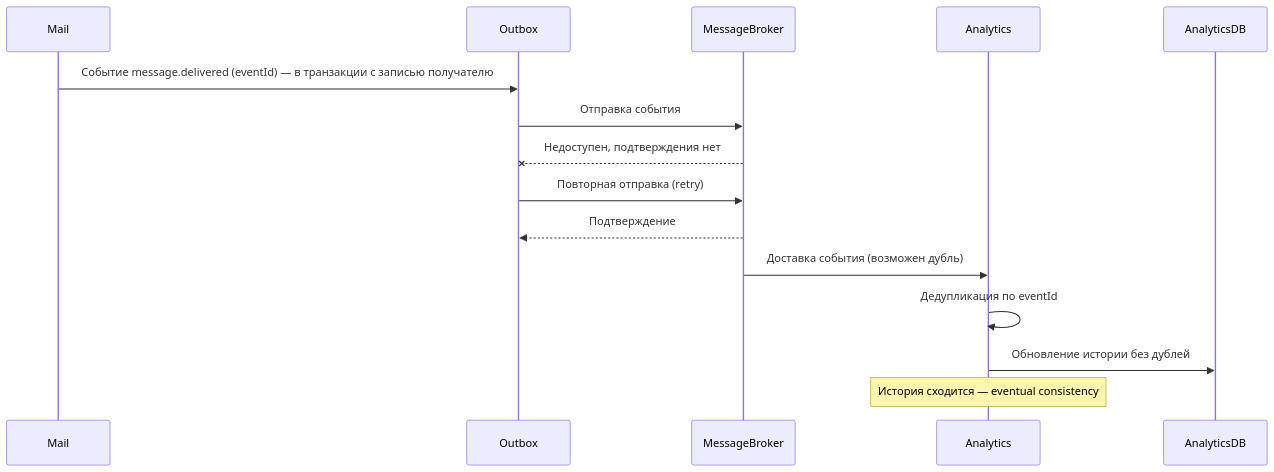
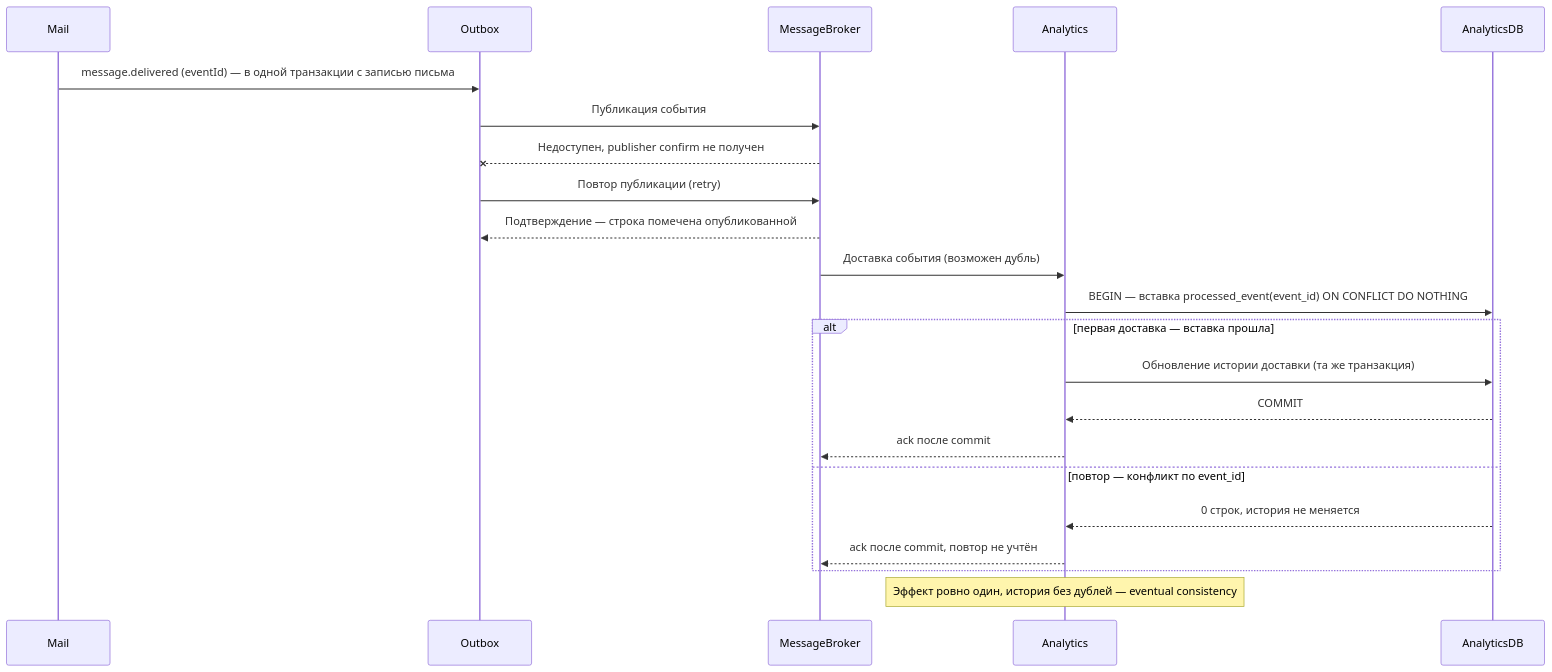
Before and after one commit to spbu-ds-practicum-2026/hydrolytes: the sixth of 6 diagrams in docs/tr.md, drawn with Mermaid. The commit also changed other lines of this file, not shown here.

````diff
--- a/docs/tr.md
+++ b/docs/tr.md
@@ -317,18 +452,25 @@
 ```mermaid
 sequenceDiagram
   participant Mail
   participant Outbox
   participant MessageBroker
   participant Analytics
   participant AnalyticsDB
 
-  Mail->>Outbox: Событие message.delivered (eventId) — в транзакции с записью получателю
-  Outbox->>MessageBroker: Отправка события
-  MessageBroker--xOutbox: Недоступен, подтверждения нет
-  Outbox->>MessageBroker: Повторная отправка (retry)
-  MessageBroker-->>Outbox: Подтверждение
+  Mail->>Outbox: message.delivered (eventId) — в одной транзакции с записью письма
+  Outbox->>MessageBroker: Публикация события
+  MessageBroker--xOutbox: Недоступен, publisher confirm не получен
+  Outbox->>MessageBroker: Повтор публикации (retry)
+  MessageBroker-->>Outbox: Подтверждение — строка помечена опубликованной
   MessageBroker->>Analytics: Доставка события (возможен дубль)
-  Analytics->>Analytics: Дедупликация по eventId
-  Analytics->>AnalyticsDB: Обновление истории без дублей
-  Note over Analytics: История сходится — eventual consistency
+  Analytics->>AnalyticsDB: BEGIN — вставка processed_event(event_id) ON CONFLICT DO NOTHING
+  alt первая доставка — вставка прошла
+    Analytics->>AnalyticsDB: Обновление истории доставки (та же транзакция)
+    AnalyticsDB-->>Analytics: COMMIT
+    Analytics-->>MessageBroker: ack после commit
+  else повтор — конфликт по event_id
+    AnalyticsDB-->>Analytics: 0 строк, история не меняется
+    Analytics-->>MessageBroker: ack после commit, повтор не учтён
+  end
+  Note over Analytics: Эффект ровно один, история без дублей — eventual consistency
 ```
````
